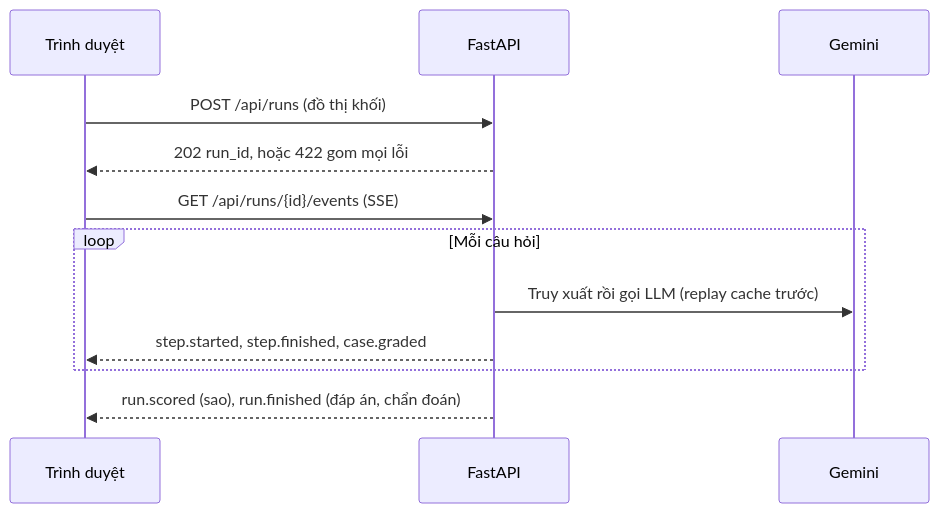
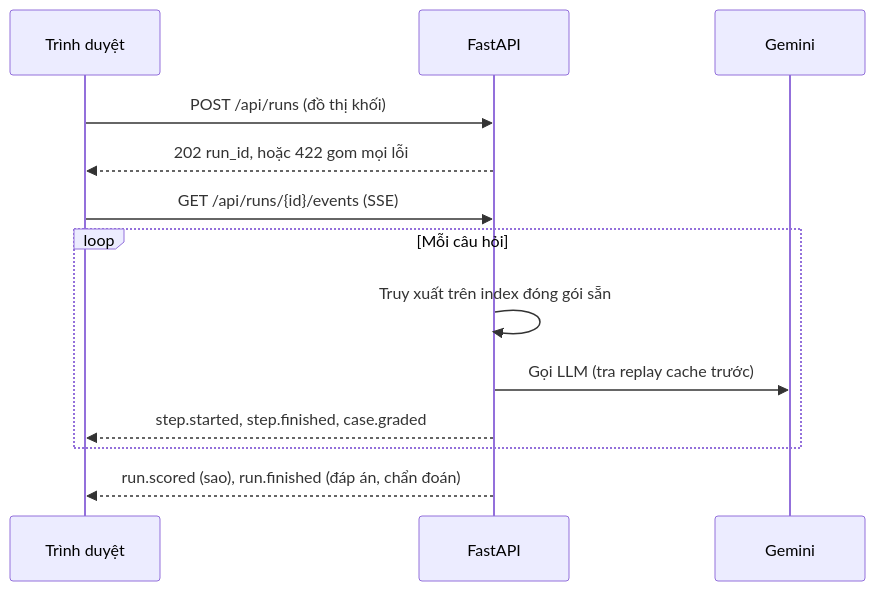
One commit to Tai-TZ/v-game changed the fifth of 5 diagrams in README.md. Above: the diagram before and after it, drawn with Mermaid. The commit also changed other lines of this file, not shown here.

````diff
--- a/README.md
+++ b/README.md
@@ -134,14 +134,15 @@
 ```mermaid
 sequenceDiagram
     participant B as Trình duyệt
     participant A as FastAPI
     participant L as Gemini
     B->>A: POST /api/runs (đồ thị khối)
     A-->>B: 202 run_id, hoặc 422 gom mọi lỗi
     B->>A: GET /api/runs/{id}/events (SSE)
     loop Mỗi câu hỏi
-        A->>L: Truy xuất rồi gọi LLM (replay cache trước)
+        A->>A: Truy xuất trên index đóng gói sẵn
+        A->>L: Gọi LLM (tra replay cache trước)
         A-->>B: step.started, step.finished, case.graded
     end
     A-->>B: run.scored (sao), run.finished (đáp án, chẩn đoán)
 ```
````
